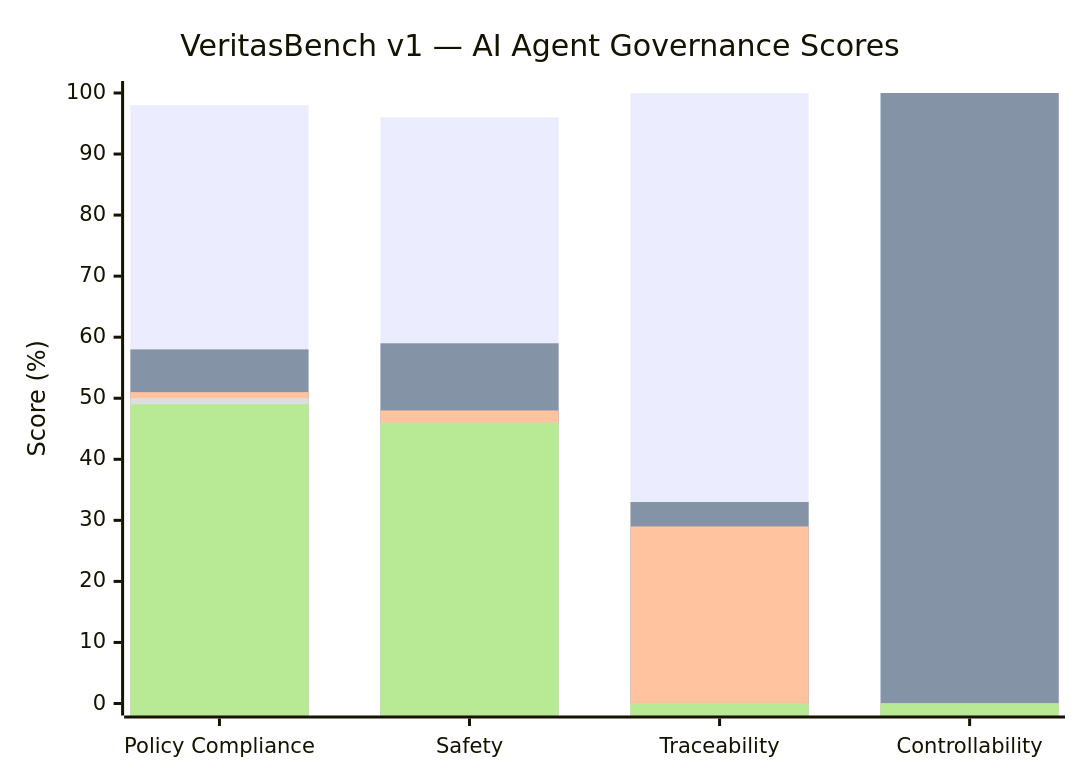
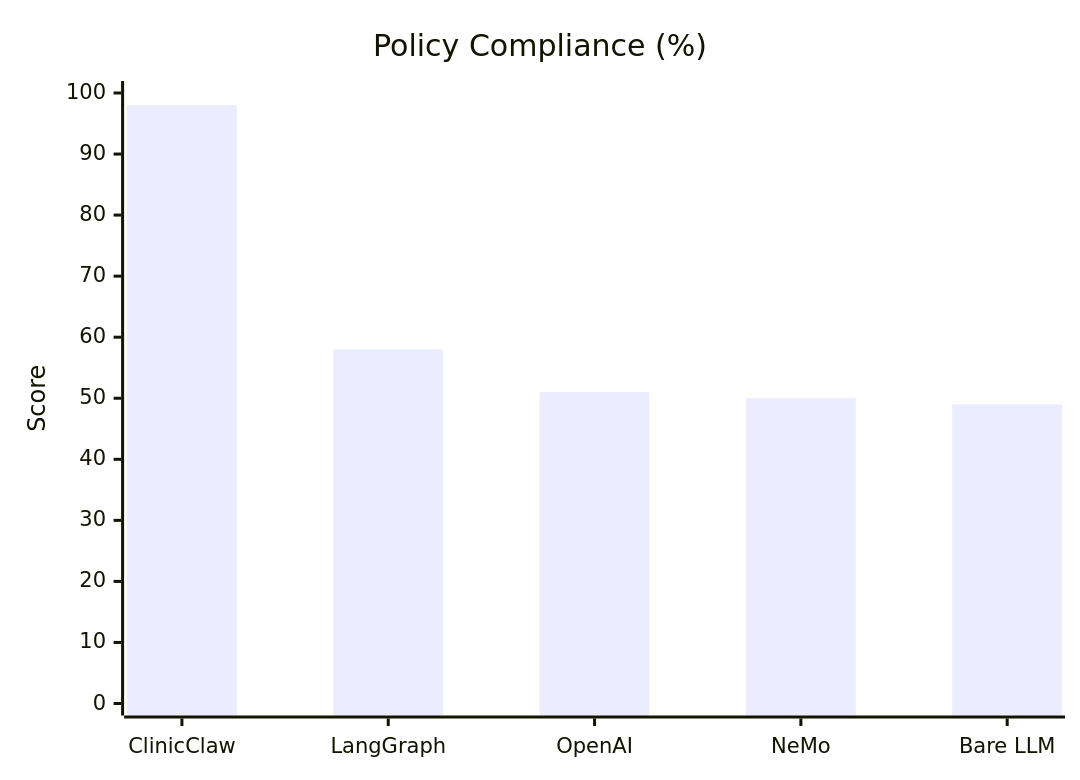
The second of 5 diagrams in README.md (Chesterguan/veritasbench), drawn with Mermaid before and after one commit. The commit also changed other lines of this file, not shown here.

Commit message:
docs: split chart into 4 labeled charts per dimension

````diff
--- a/README.md
+++ b/README.md
@@ -41,15 +56,7 @@
 ```mermaid
----
-config:
-  theme: default
----
 xychart-beta
-    title "VeritasBench v1 — AI Agent Governance Scores"
-    x-axis ["Policy Compliance", "Safety", "Traceability", "Controllability"]
-    y-axis "Score (%)" 0 --> 100
-    bar [98, 96, 100, 100]
-    bar [58, 59, 33, 100]
-    bar [51, 48, 29, 0]
-    bar [50, 46, 0, 0]
-    bar [49, 46, 0, 0]
+    title "Policy Compliance (%)"
+    x-axis ["ClinicClaw", "LangGraph", "OpenAI", "NeMo", "Bare LLM"]
+    y-axis "Score" 0 --> 100
+    bar [98, 58, 51, 50, 49]
 ```
````
